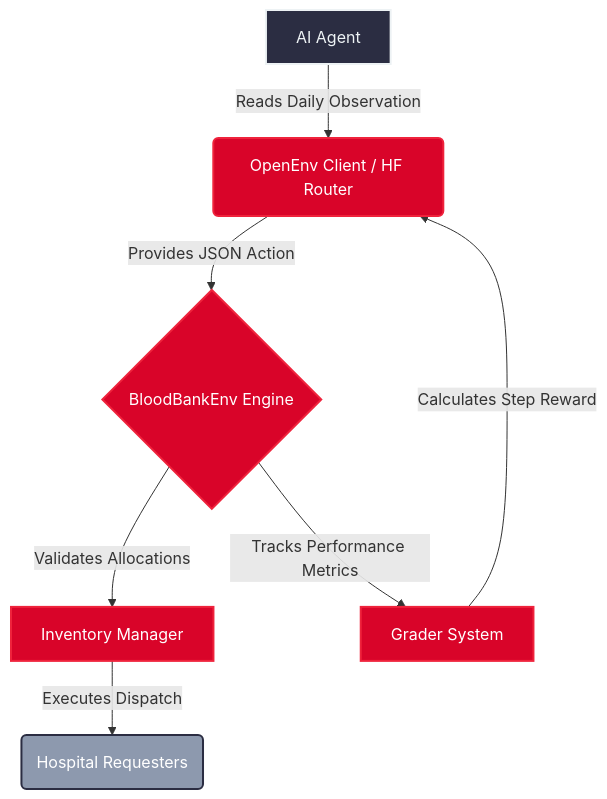
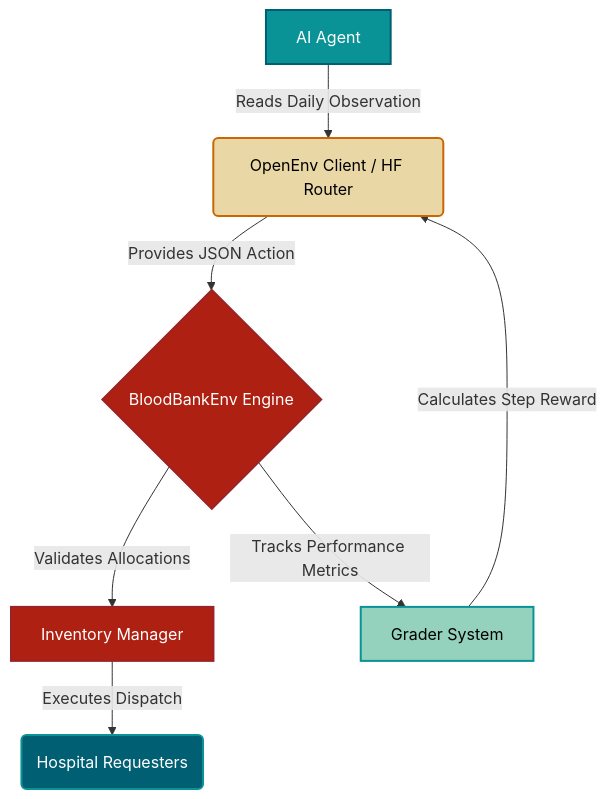
One commit to iamshresthraj/BloodBankEnv changed the diagram in README.md. Above: the diagram before and after it, drawn with Mermaid. The commit also changed other lines of this file and 14 other files, not shown here.

````diff
--- a/README.md
+++ b/README.md
@@ -44,13 +44,15 @@
 ```mermaid
 graph TD
-    classDef agent fill:#2b2d42,stroke:#edf2f4,stroke-width:2px,color:#edf2f4
-    classDef sys fill:#d90429,stroke:#ef233c,stroke-width:2px,color:#fff
-    classDef external fill:#8d99ae,stroke:#2b2d42,stroke-width:2px,color:#fff
+    classDef agent fill:#0a9396,stroke:#005f73,stroke-width:2px,color:#fff
+    classDef sys fill:#ae2012,stroke:#9b2226,stroke-width:2px,color:#fff
+    classDef router fill:#e9d8a6,stroke:#ca6702,stroke-width:2px,color:#000
+    classDef external fill:#005f73,stroke:#0a9396,stroke-width:2px,color:#fff
+    classDef grader fill:#94d2bd,stroke:#0a9396,stroke-width:2px,color:#000
 
-    A[AI Agent]:::agent -->|Reads Daily Observation| B(OpenEnv Client / HF Router):::sys
+    A[AI Agent]:::agent -->|Reads Daily Observation| B(OpenEnv Client / HF Router):::router
     B -->|Provides JSON Action| C{BloodBankEnv Engine}:::sys
     C -->|Validates Allocations| D[Inventory Manager]:::sys
     D -->|Executes Dispatch| E(Hospital Requesters):::external
-    C -->|Tracks Performance Metrics| F[Grader System]:::sys
+    C -->|Tracks Performance Metrics| F[Grader System]:::grader
     F -->|Calculates Step Reward| B
 ```
````
